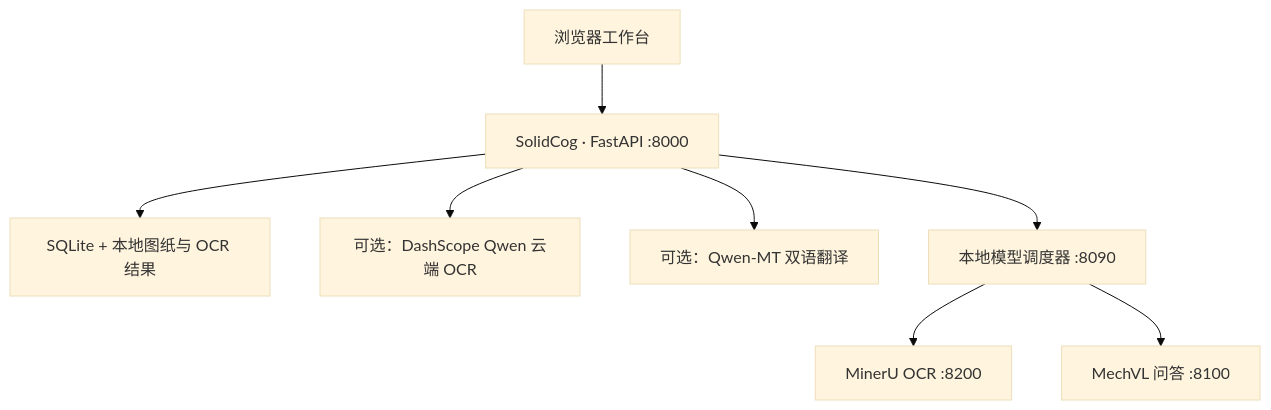
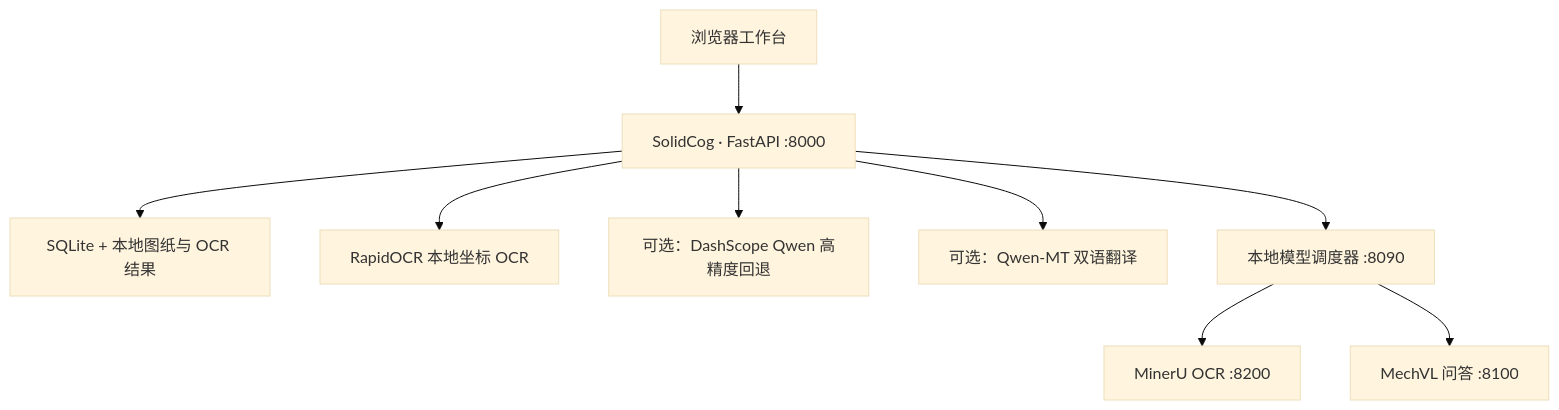
One commit to liu-Daniel7/solidcog changed the diagram in README.md. Above: the diagram before and after it, drawn with Mermaid (base theme). The commit also changed other lines of this file, not shown here.

Commit message:
docs: refresh README for local and high precision OCR

````diff
--- a/README.md
+++ b/README.md
@@ -134,10 +138,11 @@
 ```mermaid
 flowchart TD
     Browser["浏览器工作台"] --> App["SolidCog · FastAPI :8000"]
     App --> Data["SQLite + 本地图纸与 OCR 结果"]
-    App --> Cloud["可选：DashScope Qwen 云端 OCR"]
+    App --> Local["RapidOCR 本地坐标 OCR"]
+    App --> Cloud["可选：DashScope Qwen 高精度回退"]
     App --> MT["可选：Qwen-MT 双语翻译"]
     App --> Scheduler["本地模型调度器 :8090"]
     Scheduler --> MinerU["MinerU OCR :8200"]
     Scheduler --> MechVL["MechVL 问答 :8100"]
 ```
````
